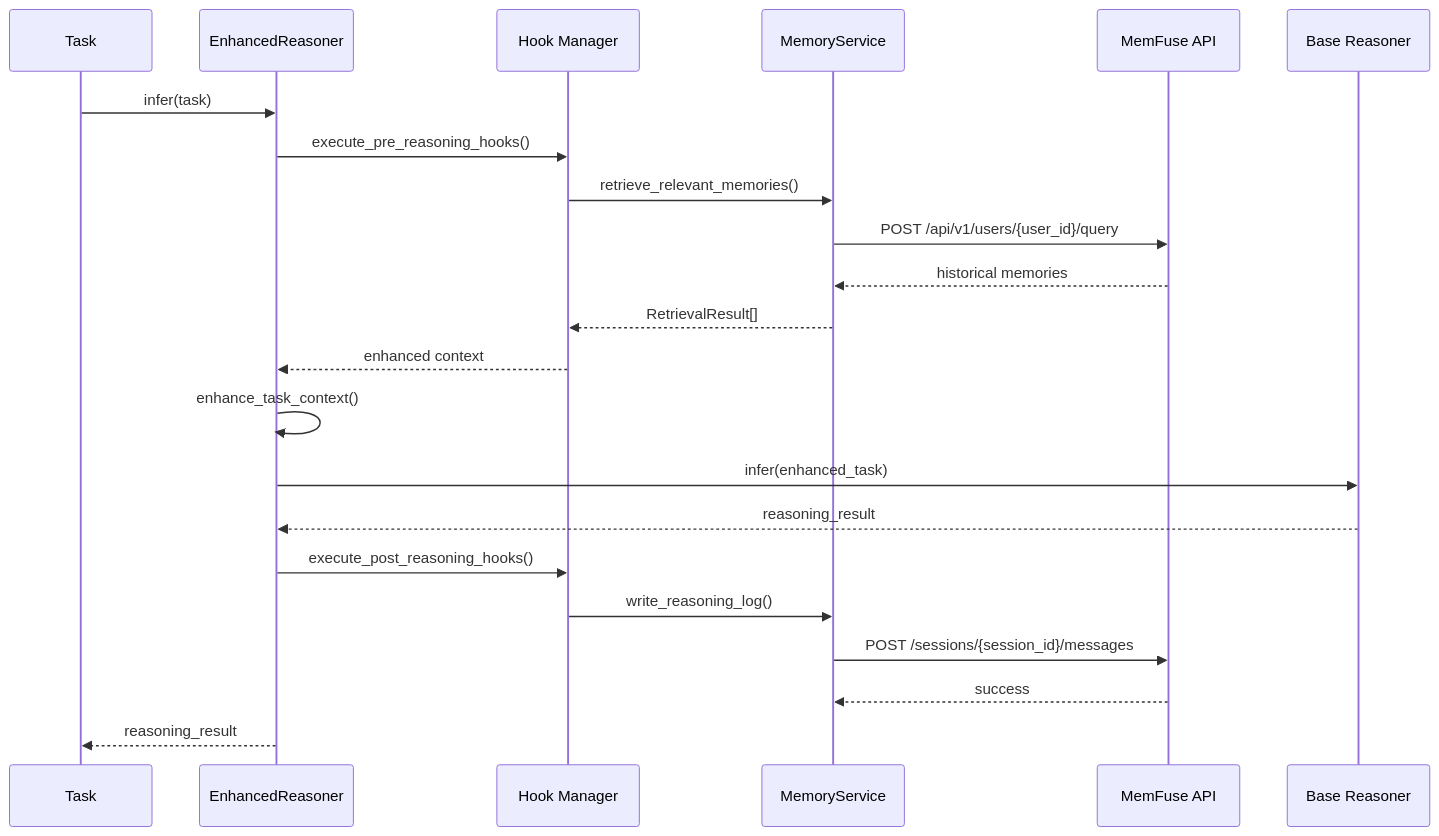
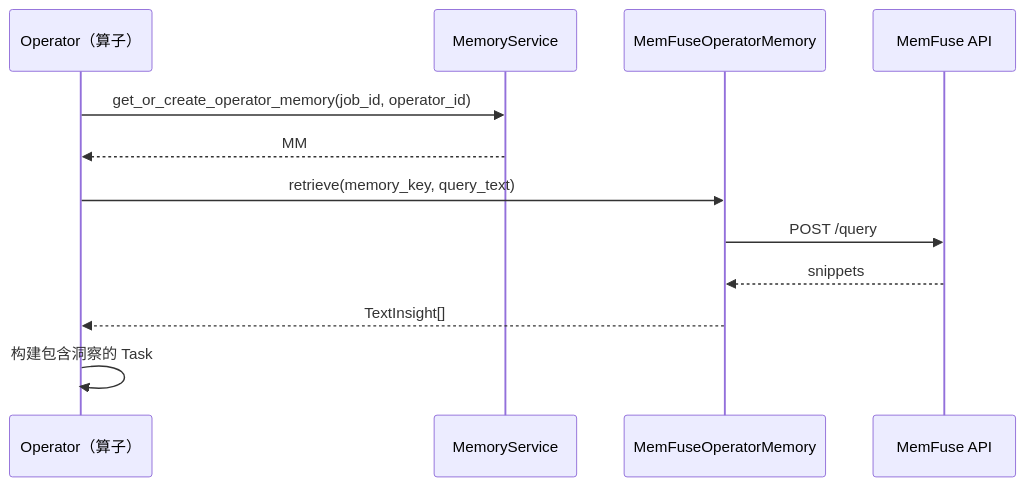
Before and after one commit to TuGraph-family/chat2graph: the third of 4 diagrams in doc/zh-cn/principle/memory.md, drawn with Mermaid. The commit also changed other lines of this file and 70 other files, not shown here.

````diff
--- a/doc/zh-cn/principle/memory.md
+++ b/doc/zh-cn/principle/memory.md
@@ -127,25 +115,15 @@
 ```mermaid
 sequenceDiagram
-    participant T as Task
-    participant ER as EnhancedReasoner
-    participant H as Hook Manager
+    participant OP as Operator（算子）
     participant MS as MemoryService
+    participant MM as MemFuseOperatorMemory
     participant MF as MemFuse API
-    participant BR as Base Reasoner
 
-    T->>ER: infer(task)
-    ER->>H: execute_pre_reasoning_hooks()
-    H->>MS: retrieve_relevant_memories()
-    MS->>MF: POST /api/v1/users/{user_id}/query
-    MF-->>MS: historical memories
-    MS-->>H: RetrievalResult[]
-    H-->>ER: enhanced context
-    ER->>ER: enhance_task_context()
-    ER->>BR: infer(enhanced_task)
-    BR-->>ER: reasoning_result
-    ER->>H: execute_post_reasoning_hooks()
-    H->>MS: write_reasoning_log()
-    MS->>MF: POST /sessions/{session_id}/messages
-    MF-->>MS: success
-    ER-->>T: reasoning_result
+    OP->>MS: get_or_create_operator_memory(job_id, operator_id)
+    MS-->>OP: MM
+    OP->>MM: retrieve(memory_key, query_text)
+    MM->>MF: POST /query
+    MF-->>MM: snippets
+    MM-->>OP: TextInsight[]
+    OP->>OP: 构建包含洞察的 Task
 ```
````
